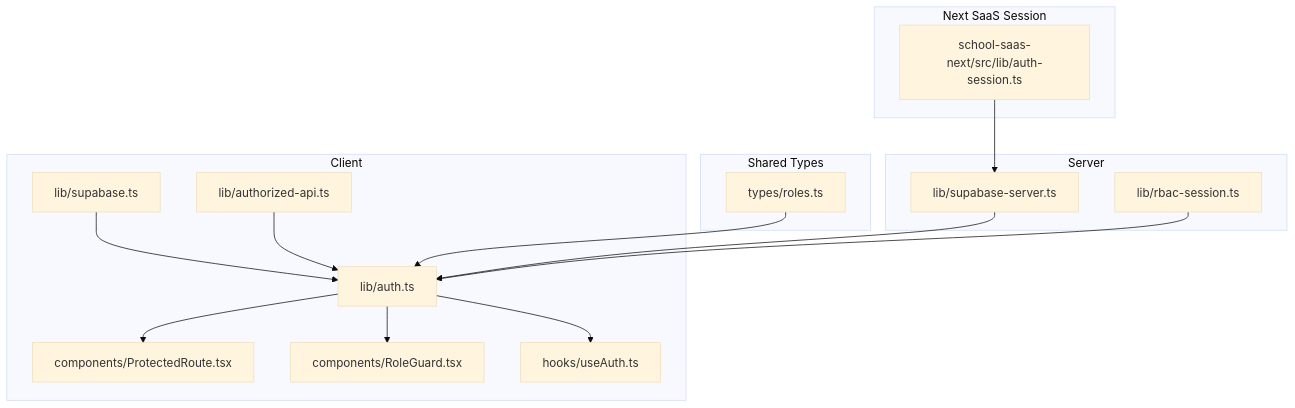
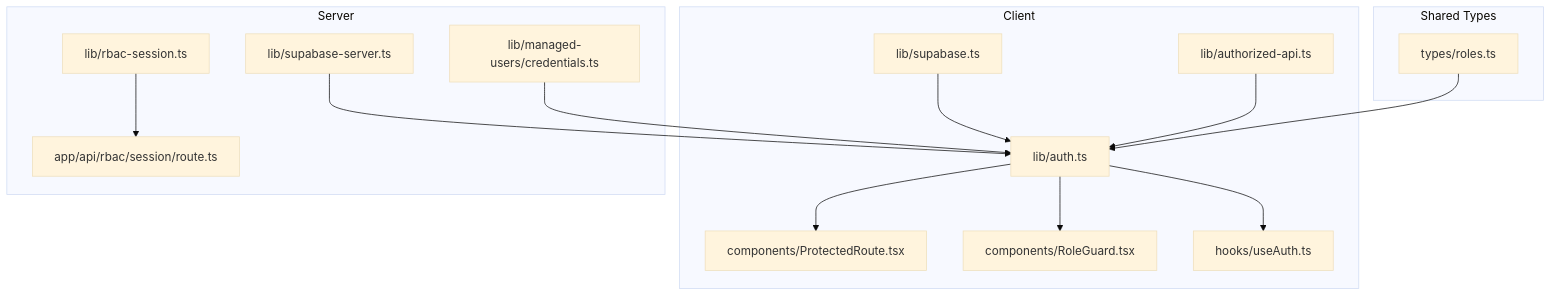
Before and after one commit to mustafaalkusaj/appschoolmustafa2002: the first of 7 diagrams in .qoder/repowiki/en/content/Authentication & Authorization/Authentication & Authorization.md, drawn with Mermaid (base theme). The commit also changed other lines of this file and 8 other files, not shown here.

````diff
--- a/.qoder/repowiki/en/content/Authentication & Authorization/Authentication & Authorization.md
+++ b/.qoder/repowiki/en/content/Authentication & Authorization/Authentication & Authorization.md
@@ -41,30 +51,29 @@
 ```mermaid
 graph TB
 subgraph "Client"
 A["lib/supabase.ts"]
 B["lib/authorized-api.ts"]
 C["lib/auth.ts"]
 D["components/ProtectedRoute.tsx"]
 E["components/RoleGuard.tsx"]
 F["hooks/useAuth.ts"]
 end
 subgraph "Shared Types"
 G["types/roles.ts"]
 end
 subgraph "Server"
 H["lib/supabase-server.ts"]
 I["lib/rbac-session.ts"]
-end
-subgraph "Next SaaS Session"
-J["school-saas-next/src/lib/auth-session.ts"]
+J["app/api/rbac/session/route.ts"]
+K["lib/managed-users/credentials.ts"]
 end
 A --> C
 B --> C
 C --> D
 C --> E
 C --> F
 G --> C
 H --> C
-I --> C
-J --> H
+I --> J
+K --> C
 ```
````
